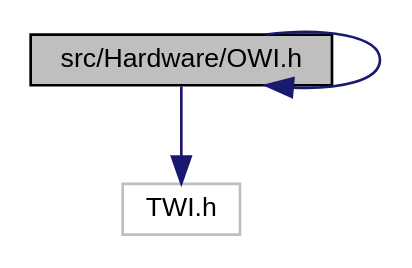
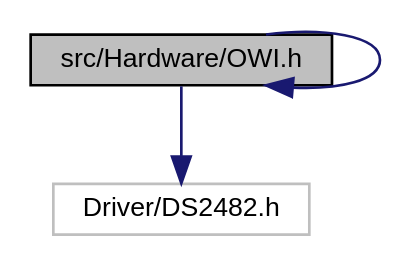
One commit to mikaelpatel/mikaelpatel.github.io changed the diagram in Arduino-OWI/d2/d3a/Hardware_2OWI_8h__incl.dot. Above: the diagram before and after it, drawn with Graphviz. The commit also changed 194 other files, not shown here.

```diff
--- a/Arduino-OWI/d2/d3a/Hardware_2OWI_8h__incl.dot
+++ b/Arduino-OWI/d2/d3a/Hardware_2OWI_8h__incl.dot
@@ -1,9 +1,9 @@
 digraph "src/Hardware/OWI.h"
 {
   edge [fontname="Helvetica",fontsize="10",labelfontname="Helvetica",labelfontsize="10"];
   node [fontname="Helvetica",fontsize="10",shape=record];
   Node1 [label="src/Hardware/OWI.h",height=0.2,width=0.4,color="black", fillcolor="grey75", style="filled", fontcolor="black"];
   Node1 -> Node1 [color="midnightblue",fontsize="10",style="solid",fontname="Helvetica"];
   Node1 -> Node2 [color="midnightblue",fontsize="10",style="solid",fontname="Helvetica"];
-  Node2 [label="TWI.h",height=0.2,width=0.4,color="grey75", fillcolor="white", style="filled"];
+  Node2 [label="Driver/DS2482.h",height=0.2,width=0.4,color="grey75", fillcolor="white", style="filled"];
 }
```
